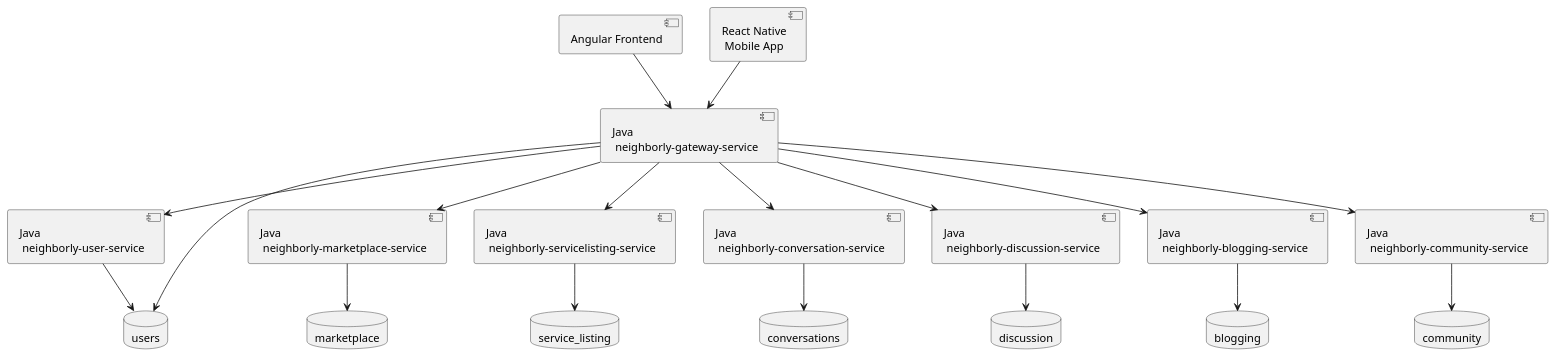
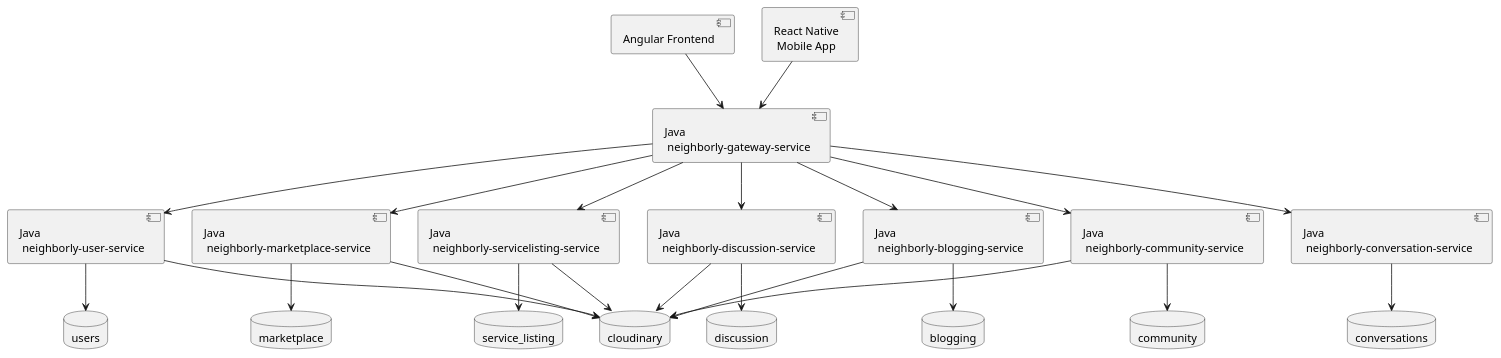
The diagram in design/architecture.puml (vamshikrishna1/neighbourly), drawn with PlantUML before and after one commit.

Commit message:
intial commit

```diff
--- a/design/architecture.puml
+++ b/design/architecture.puml
@@ -1,50 +1,56 @@
 @startuml Architecture
 [Angular Frontend] as angular
 [React Native\n Mobile App] as mobile
 [Java\n neighborly-user-service] as user
 [Java\n neighborly-gateway-service] as gateway
 [Java\n neighborly-marketplace-service] as marketplace
 [Java\n neighborly-servicelisting-service] as listing
 [Java\n neighborly-conversation-service] as conversation
 [Java\n neighborly-discussion-service] as discussion
 [Java\n neighborly-blogging-service] as blogging
 [Java\n neighborly-community-service] as community
 
 
 database "users" as user_db
 database "marketplace" as marketplace_db
 database "service_listing" as listing_db    
 database "conversations" as conversation_db
 database "blogging" as blogging_db
 database "community" as community_db
 database "discussion" as discussion_db
-
+database "cloudinary" as cloudinary_db
 
 
 
 user --> user_db
-gateway --> user_db
 listing --> listing_db
 conversation --> conversation_db
 blogging --> blogging_db
 marketplace --> marketplace_db
 discussion --> discussion_db
 community --> community_db
+user --> cloudinary_db
+marketplace --> cloudinary_db
+blogging --> cloudinary_db
+discussion --> cloudinary_db
+community --> cloudinary_db
+listing --> cloudinary_db
+
 
 gateway --> user
 gateway --> marketplace
 gateway --> listing
 gateway --> conversation
 gateway --> blogging
 gateway --> discussion
 gateway --> community
 
 
 angular --> gateway
 mobile --> gateway
 
 
 
 
 
 @enduml
```
